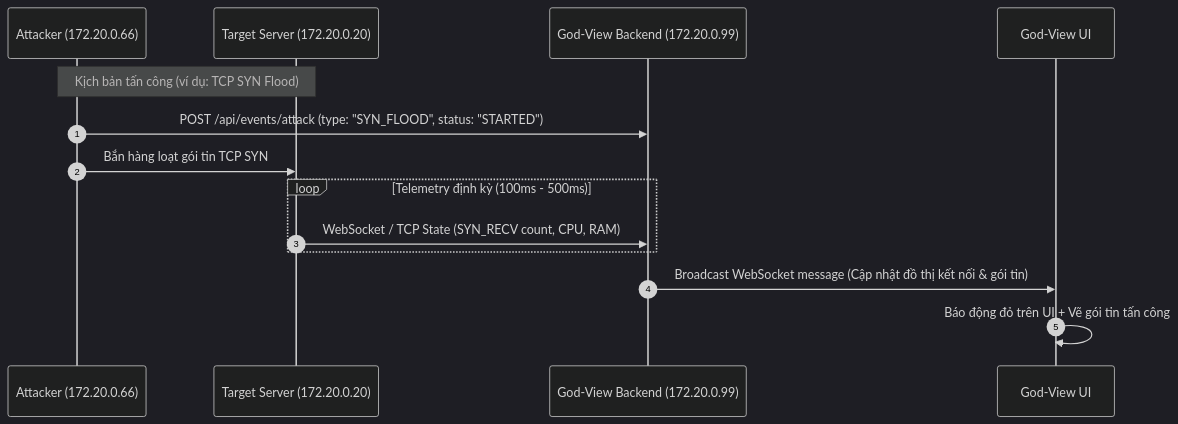
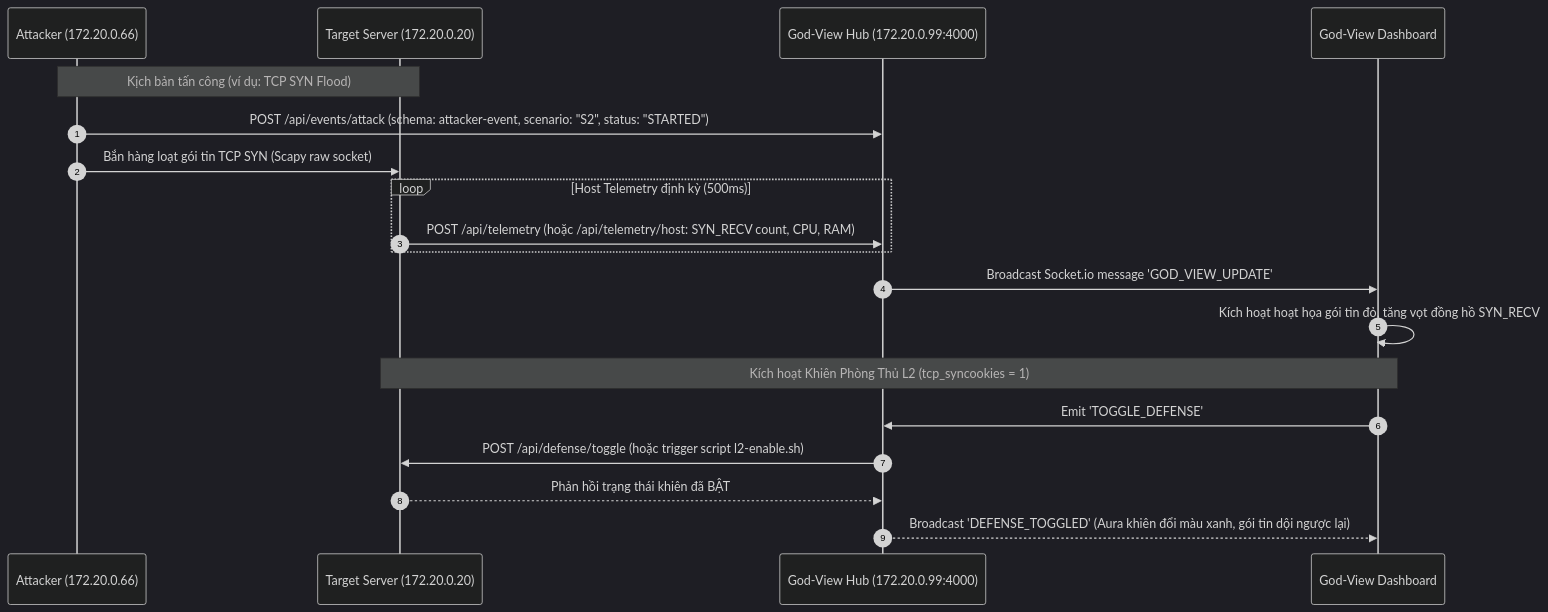
Before and after one commit to Kaisrtia/pbl4: the second of 2 diagrams in docs/architecture/system-architecture.md, drawn with Mermaid (dark theme). The commit also changed other lines of this file and 8 other files, not shown here.

Commit message:
docs(specs): synchronize all specifications and architecture with plan.pdf (#11)

````diff
--- a/docs/architecture/system-architecture.md
+++ b/docs/architecture/system-architecture.md
@@ -108,19 +128,25 @@
 ```mermaid
 sequenceDiagram
     autonumber
     participant A as Attacker (172.20.0.66)
     participant T as Target Server (172.20.0.20)
-    participant GV as God-View Backend (172.20.0.99)
-    participant UI as God-View UI
+    participant GV as God-View Hub (172.20.0.99:4000)
+    participant UI as God-View Dashboard
 
     Note over A,T: Kịch bản tấn công (ví dụ: TCP SYN Flood)
-    A->>GV: POST /api/events/attack (type: "SYN_FLOOD", status: "STARTED")
-    A->>T: Bắn hàng loạt gói tin TCP SYN
+    A->>GV: POST /api/events/attack (schema: attacker-event, scenario: "S2", status: "STARTED")
+    A->>T: Bắn hàng loạt gói tin TCP SYN (Scapy raw socket)
     
-    loop Telemetry định kỳ (100ms - 500ms)
-        T->>GV: WebSocket / TCP State (SYN_RECV count, CPU, RAM)
+    loop Host Telemetry định kỳ (500ms)
+        T->>GV: POST /api/telemetry (hoặc /api/telemetry/host: SYN_RECV count, CPU, RAM)
     end
 
-    GV->>UI: Broadcast WebSocket message (Cập nhật đồ thị kết nối & gói tin)
-    UI->>UI: Báo động đỏ trên UI + Vẽ gói tin tấn công
+    GV->>UI: Broadcast Socket.io message 'GOD_VIEW_UPDATE'
+    UI->>UI: Kích hoạt hoạt họa gói tin đỏ, tăng vọt đồng hồ SYN_RECV
+    
+    Note over UI,T: Kích hoạt Khiên Phòng Thủ L2 (tcp_syncookies = 1)
+    UI->>GV: Emit 'TOGGLE_DEFENSE'
+    GV->>T: POST /api/defense/toggle (hoặc trigger script l2-enable.sh)
+    T-->>GV: Phản hồi trạng thái khiên đã BẬT
+    GV-->>UI: Broadcast 'DEFENSE_TOGGLED' (Aura khiên đổi màu xanh, gói tin dội ngược lại)
 ```
````
